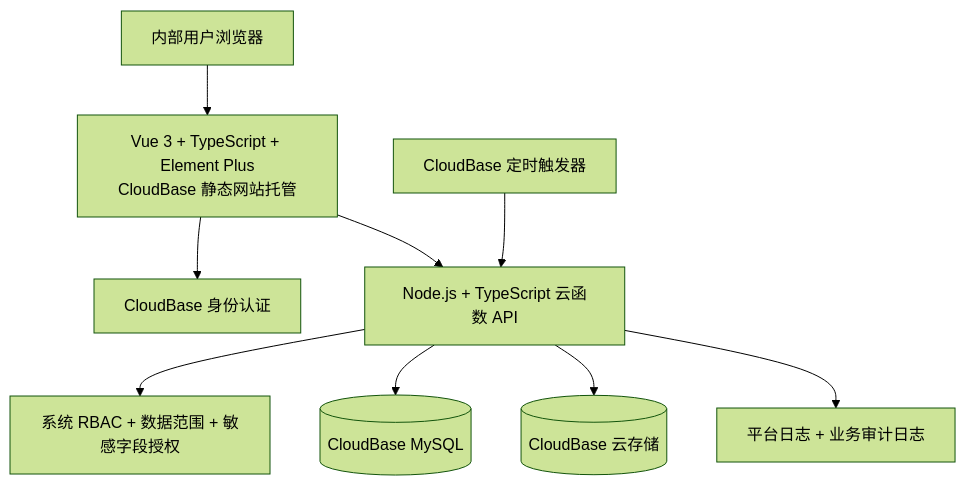
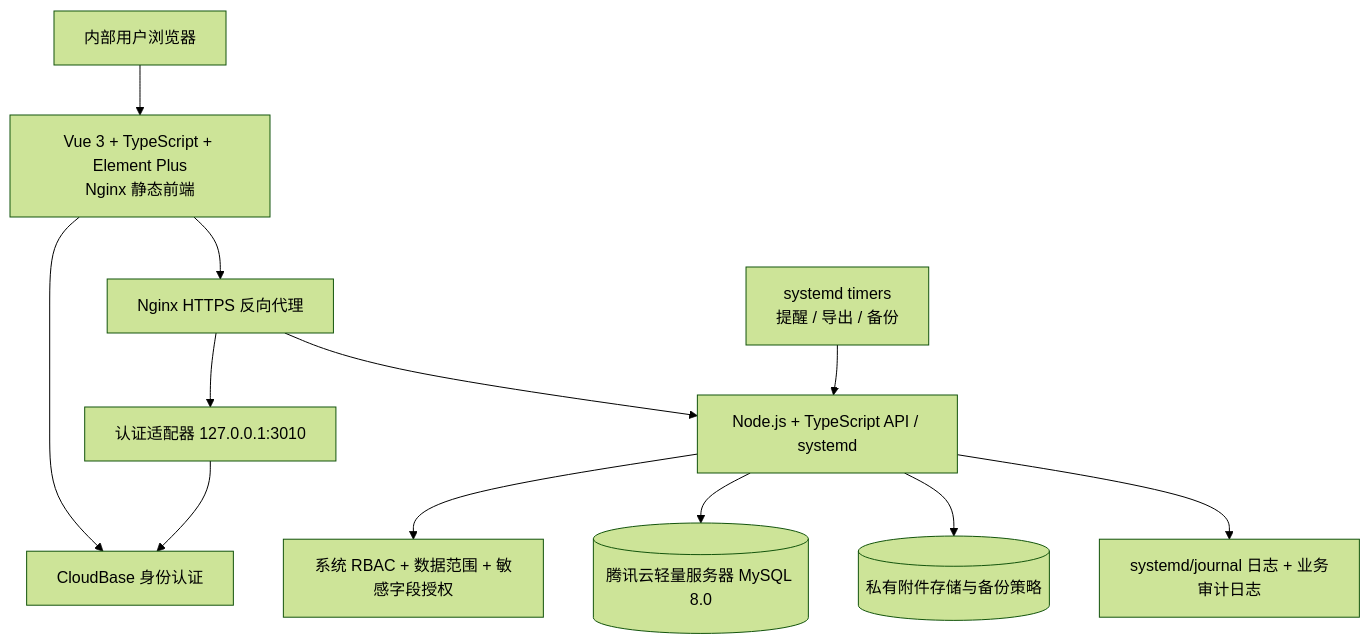
The third of 4 diagrams in 需求评审修订基线_V2.2.md (xiufengdong169-del/zkgl), drawn with Mermaid (forest theme) before and after one commit. The commit also changed other lines of this file and 6 other files, not shown here.

````diff
--- a/需求评审修订基线_V2.2.md
+++ b/需求评审修订基线_V2.2.md
@@ -79,11 +79,14 @@
 ```mermaid
 flowchart TB
-  U[内部用户浏览器] --> SPA[Vue 3 + TypeScript + Element Plus\nCloudBase 静态网站托管]
+  U[内部用户浏览器] --> SPA[Vue 3 + TypeScript + Element Plus\nNginx 静态前端]
   SPA --> AUTH[CloudBase 身份认证]
-  SPA --> API[Node.js + TypeScript 云函数 API]
+  SPA --> NGINX[Nginx HTTPS 反向代理]
+  NGINX --> ADAPTER[认证适配器 127.0.0.1:3010]
+  ADAPTER --> AUTH
+  NGINX --> API[Node.js + TypeScript API / systemd]
   API --> RBAC[系统 RBAC + 数据范围 + 敏感字段授权]
-  API --> MYSQL[(CloudBase MySQL)]
-  API --> STORAGE[(CloudBase 云存储)]
-  TIMER[CloudBase 定时触发器] --> API
-  API --> LOG[平台日志 + 业务审计日志]
+  API --> MYSQL[(腾讯云轻量服务器 MySQL 8.0)]
+  API --> STORAGE[(私有附件存储与备份策略)]
+  TIMER[systemd timers\n提醒 / 导出 / 备份] --> API
+  API --> LOG[systemd/journal 日志 + 业务审计日志]
 ```
````
